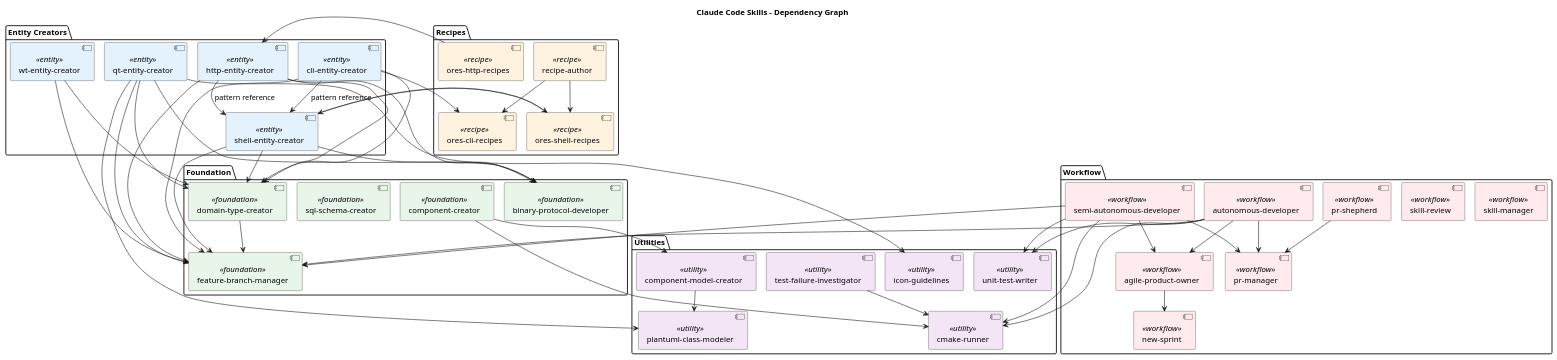
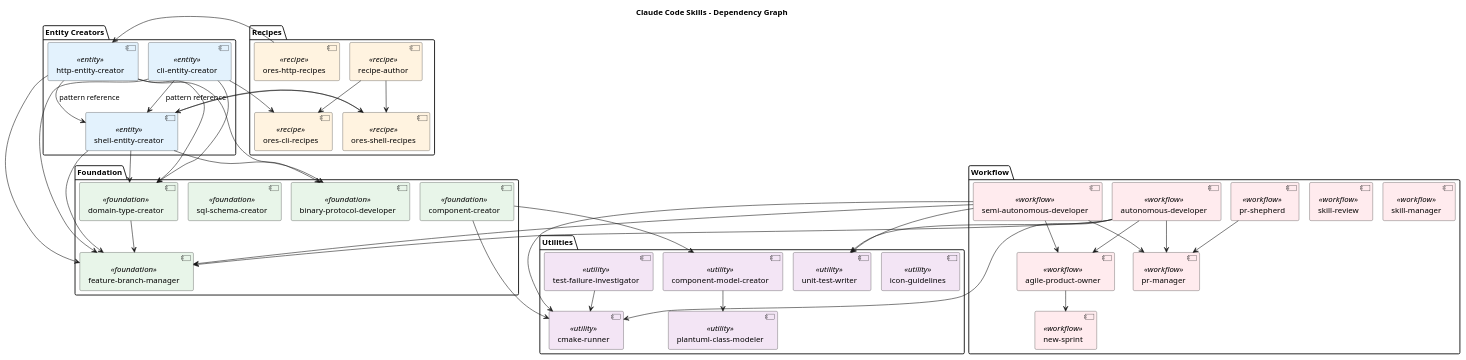
One commit to OreStudio/OreStudio changed the diagram in doc/llm/skills/modeling/skill_dependencies.puml. Above: the diagram before and after it, drawn with PlantUML. The commit also changed 2552 other files, not shown here.

```diff
--- a/doc/llm/skills/modeling/skill_dependencies.puml
+++ b/doc/llm/skills/modeling/skill_dependencies.puml
@@ -17,147 +17,134 @@
 @startuml skill_dependencies
 !pragma layout smetana
 
 title Claude Code Skills - Dependency Graph
 
 ' Styling
 skinparam component {
     BackgroundColor<<foundation>> #E8F5E9
     BackgroundColor<<entity>> #E3F2FD
     BackgroundColor<<recipe>> #FFF3E0
     BackgroundColor<<utility>> #F3E5F5
     BackgroundColor<<workflow>> #FFEBEE
 }
 
 ' =============================================================================
 ' Foundation Skills
 ' Skills that provide core functionality used by many other skills
 ' =============================================================================
 package "Foundation" {
     [domain-type-creator] <<foundation>> as dtc
     [binary-protocol-developer] <<foundation>> as bpd
     [feature-branch-manager] <<foundation>> as fbm
     [sql-schema-creator] <<foundation>> as ssc
     [component-creator] <<foundation>> as cc
 }
 
 ' =============================================================================
 ' Entity Creator Skills
 ' Skills for creating entity support across different layers
 ' =============================================================================
 package "Entity Creators" {
-    [qt-entity-creator] <<entity>> as qt
     [shell-entity-creator] <<entity>> as shell
     [http-entity-creator] <<entity>> as http
     [cli-entity-creator] <<entity>> as cli
-    [wt-entity-creator] <<entity>> as wt
 }
 
 ' =============================================================================
 ' Recipe Skills
 ' Skills for maintaining executable documentation
 ' =============================================================================
 package "Recipes" {
     [recipe-author] <<recipe>> as ra
     [ores-shell-recipes] <<recipe>> as osr
     [ores-cli-recipes] <<recipe>> as ocr
     [ores-http-recipes] <<recipe>> as ohr
 }
 
 ' =============================================================================
 ' Utility Skills
 ' Supporting skills for specific tasks
 ' =============================================================================
 package "Utilities" {
     [icon-guidelines] <<utility>> as icon
     [plantuml-class-modeler] <<utility>> as puml
     [cmake-runner] <<utility>> as cmake
     [unit-test-writer] <<utility>> as utw
     [component-model-creator] <<utility>> as cmc
     [test-failure-investigator] <<utility>> as tfi
 }
 
 ' =============================================================================
 ' Workflow Skills
 ' Skills for development workflow and process
 ' =============================================================================
 package "Workflow" {
     [agile-product-owner] <<workflow>> as apo
     [new-sprint] <<workflow>> as ns
     [skill-manager] <<workflow>> as sm
     [skill-review] <<workflow>> as sr
     [pr-manager] <<workflow>> as prm
     [pr-shepherd] <<workflow>> as prs
     [autonomous-developer] <<workflow>> as ad
     [semi-autonomous-developer] <<workflow>> as sad
 }
 
 ' =============================================================================
 ' Dependencies
 ' Arrows show "references" relationship (A --> B means A references B)
 ' =============================================================================
 
 ' Foundation internal
 dtc --> fbm
 cc --> cmc
 cc --> cmake
 
-' Qt entity creator dependencies
-qt --> dtc
-qt --> bpd
-qt --> fbm
-qt --> icon
-qt --> puml
-
 ' Shell entity creator dependencies
 shell --> dtc
 shell --> bpd
 shell --> fbm
 shell --> osr
 
 ' HTTP entity creator dependencies
 http --> dtc
 http --> bpd
 http --> fbm
 http --> shell : "pattern reference"
 
 ' CLI entity creator dependencies
 cli --> dtc
 cli --> fbm
 cli --> ocr
 cli --> shell : "pattern reference"
-
-' Wt entity creator dependencies
-wt --> dtc
-wt --> fbm
 
 ' Recipe skill dependencies
 ra --> osr
 ra --> ocr
 osr --> shell
 ohr --> http
 
 ' Workflow dependencies
 apo --> ns
 
 ' PR shepherd dependencies
 prs --> prm
 
 ' Autonomous developer dependencies
 ad --> apo
 ad --> prm
 ad --> fbm
 ad --> cmake
 ad --> utw
 
 ' Semi-autonomous developer dependencies
 sad --> apo
 sad --> prm
 sad --> fbm
 sad --> cmake
 sad --> utw
 
 ' Utility dependencies
 cmc --> puml
 tfi --> cmake
 
 @enduml
```
